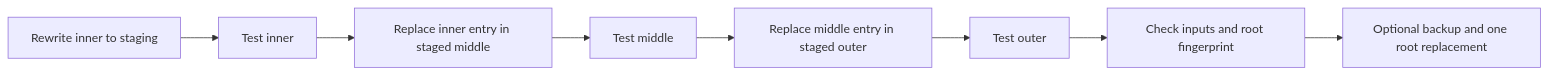
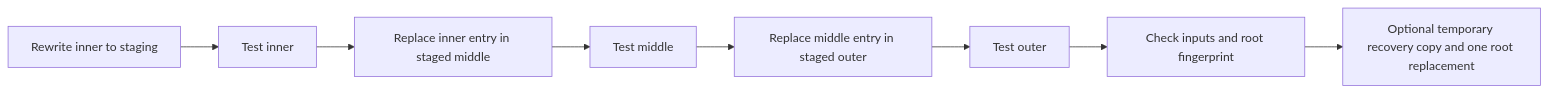
Before and after one commit to tcchen2026/VibeZip: the diagram in design_docs/archive-operations.md, drawn with Mermaid. The commit also changed other lines of this file and 17 other files, not shown here.

Commit message:
Store optional recovery copies in managed temporary storage

````diff
--- a/design_docs/archive-operations.md
+++ b/design_docs/archive-operations.md
@@ -60,10 +60,10 @@
 ```mermaid
 flowchart LR
     A[Rewrite inner to staging] --> B[Test inner]
     B --> C[Replace inner entry in staged middle]
     C --> D[Test middle]
     D --> E[Replace middle entry in staged outer]
     E --> F[Test outer]
     F --> G[Check inputs and root fingerprint]
-    G --> H[Optional backup and one root replacement]
+    G --> H[Optional temporary recovery copy and one root replacement]
 ```
````
